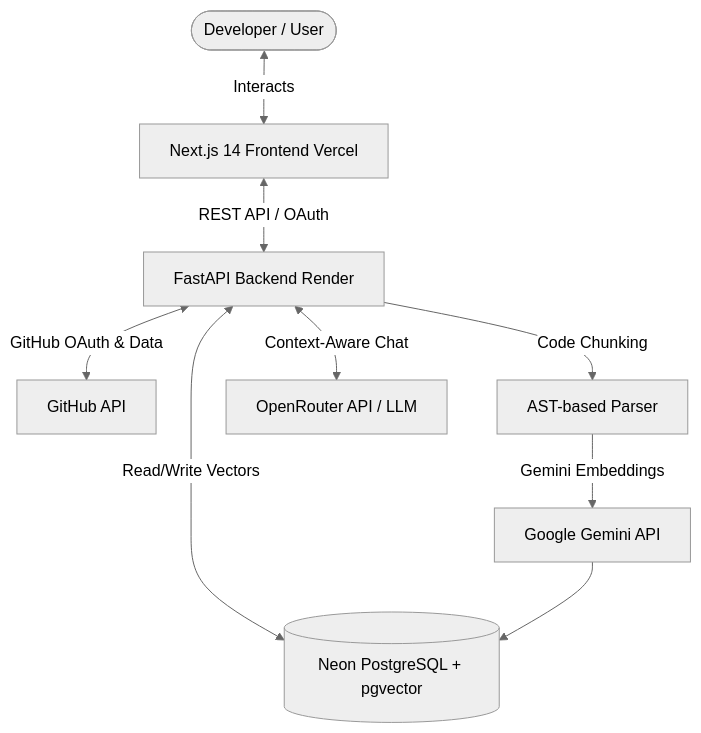
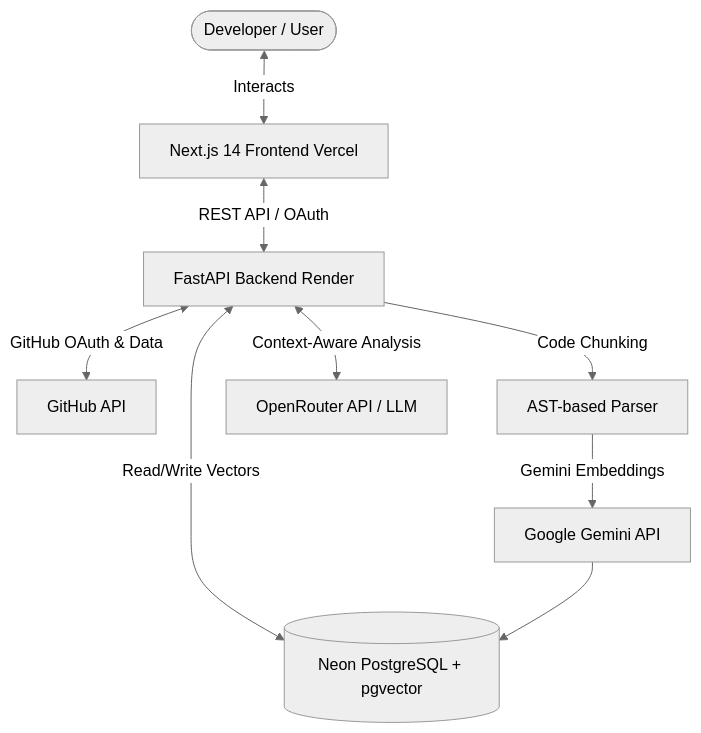
One commit to Rutujaa-04/ContribAI changed the diagram in README.md. Above: the diagram before and after it, drawn with Mermaid (neutral theme). The commit also changed other lines of this file, not shown here.

Commit message:
Correct README.md to describe Deep RAG-Powered Issue Walkthroughs instead of chat

````diff
--- a/README.md
+++ b/README.md
@@ -44,11 +44,11 @@
 ```mermaid
 graph TD
     User([Developer / User]) <-->|Interacts| FE[Next.js 14 Frontend Vercel]
     FE <-->|REST API / OAuth| BE[FastAPI Backend Render]
     BE <-->|GitHub OAuth & Data| GH[GitHub API]
     BE <-->|Read/Write Vectors| DB[(Neon PostgreSQL + pgvector)]
     BE -->|Code Chunking| AST[AST-based Parser]
     AST -->|Gemini Embeddings| GEMINI[Google Gemini API]
     GEMINI --> DB
-    BE <-->|Context-Aware Chat| OR[OpenRouter API / LLM]
+    BE <-->|Context-Aware Analysis| OR[OpenRouter API / LLM]
 ```
````
